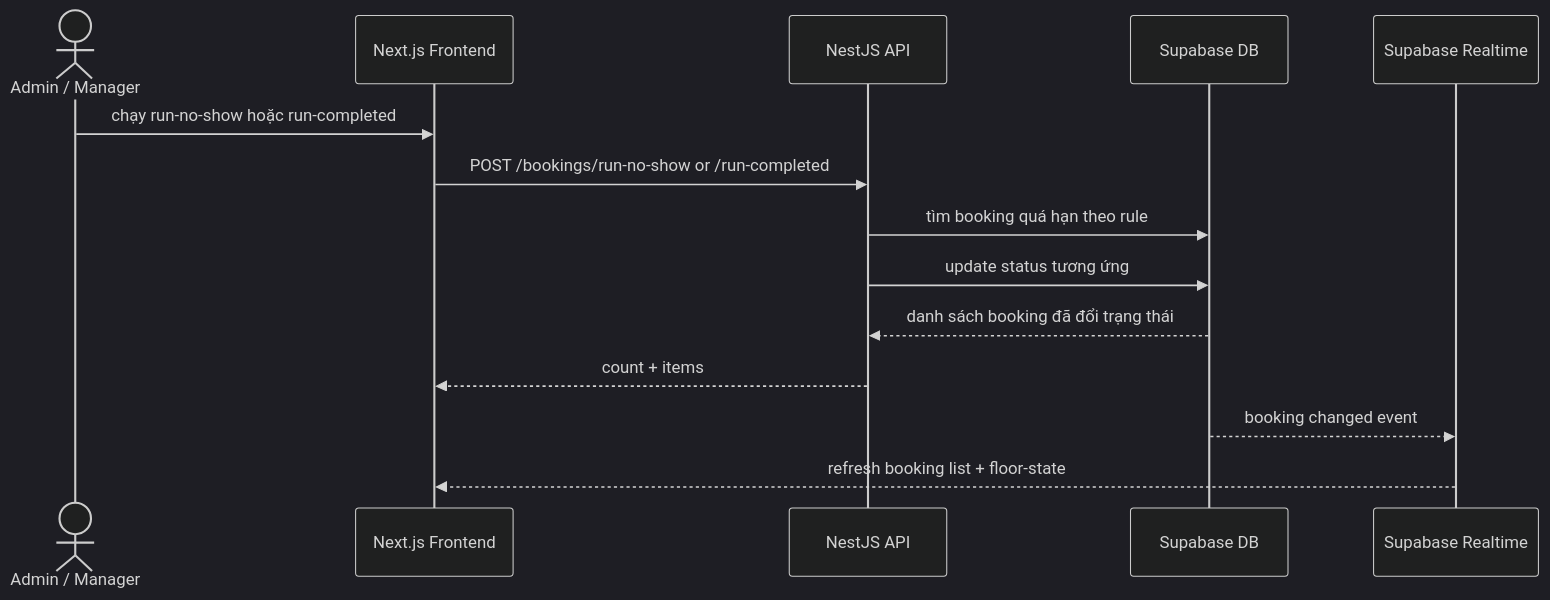
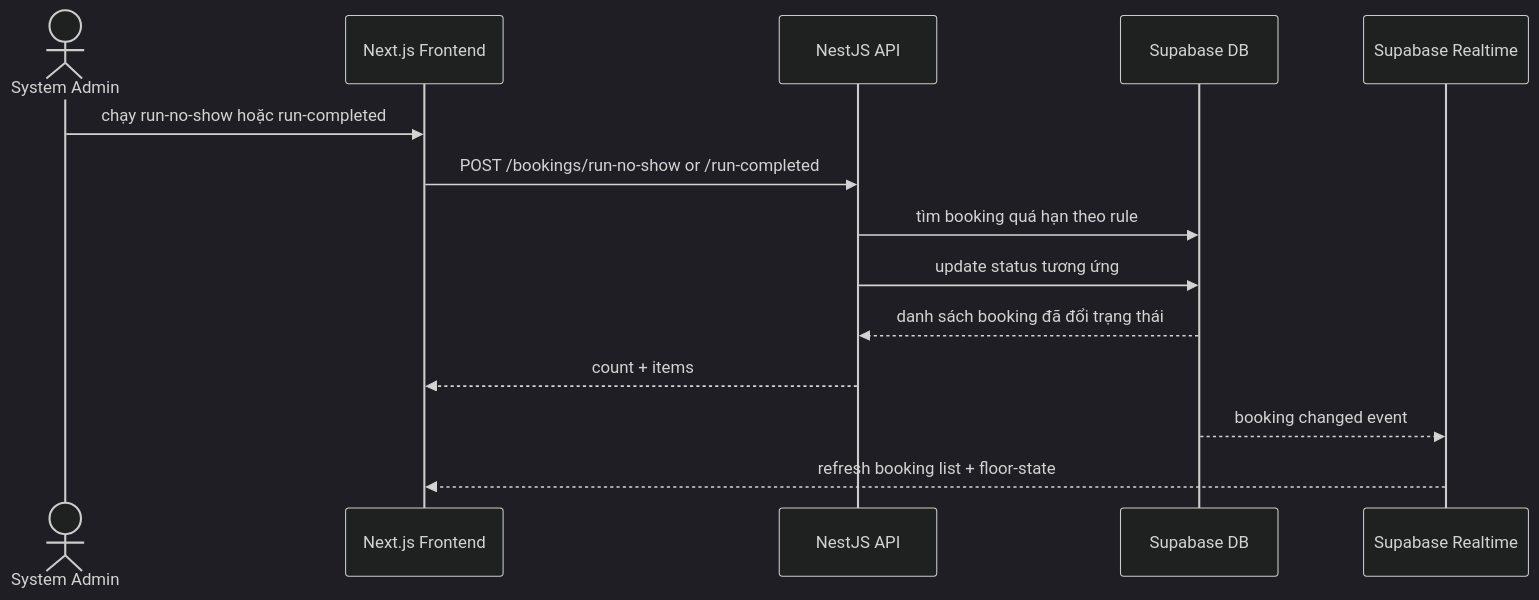
Before and after one commit to tdt2114/Workspace-Booking: the fourth of 4 diagrams in Diagram/SEQUENCE_FLOWS.md, drawn with Mermaid (dark theme). The commit also changed 58 other files, not shown here.

````diff
--- a/Diagram/SEQUENCE_FLOWS.md
+++ b/Diagram/SEQUENCE_FLOWS.md
@@ -101,17 +101,17 @@
 ```mermaid
 sequenceDiagram
-    actor AdminManager as Admin / Manager
+    actor SystemAdmin as System Admin
     participant Web as Next.js Frontend
     participant API as NestJS API
     participant DB as Supabase DB
     participant RT as Supabase Realtime
 
-    AdminManager->>Web: chạy run-no-show hoặc run-completed
+    SystemAdmin->>Web: chạy run-no-show hoặc run-completed
     Web->>API: POST /bookings/run-no-show or /run-completed
     API->>DB: tìm booking quá hạn theo rule
     API->>DB: update status tương ứng
     DB-->>API: danh sách booking đã đổi trạng thái
     API-->>Web: count + items
     DB-->>RT: booking changed event
     RT-->>Web: refresh booking list + floor-state
 ```
````
